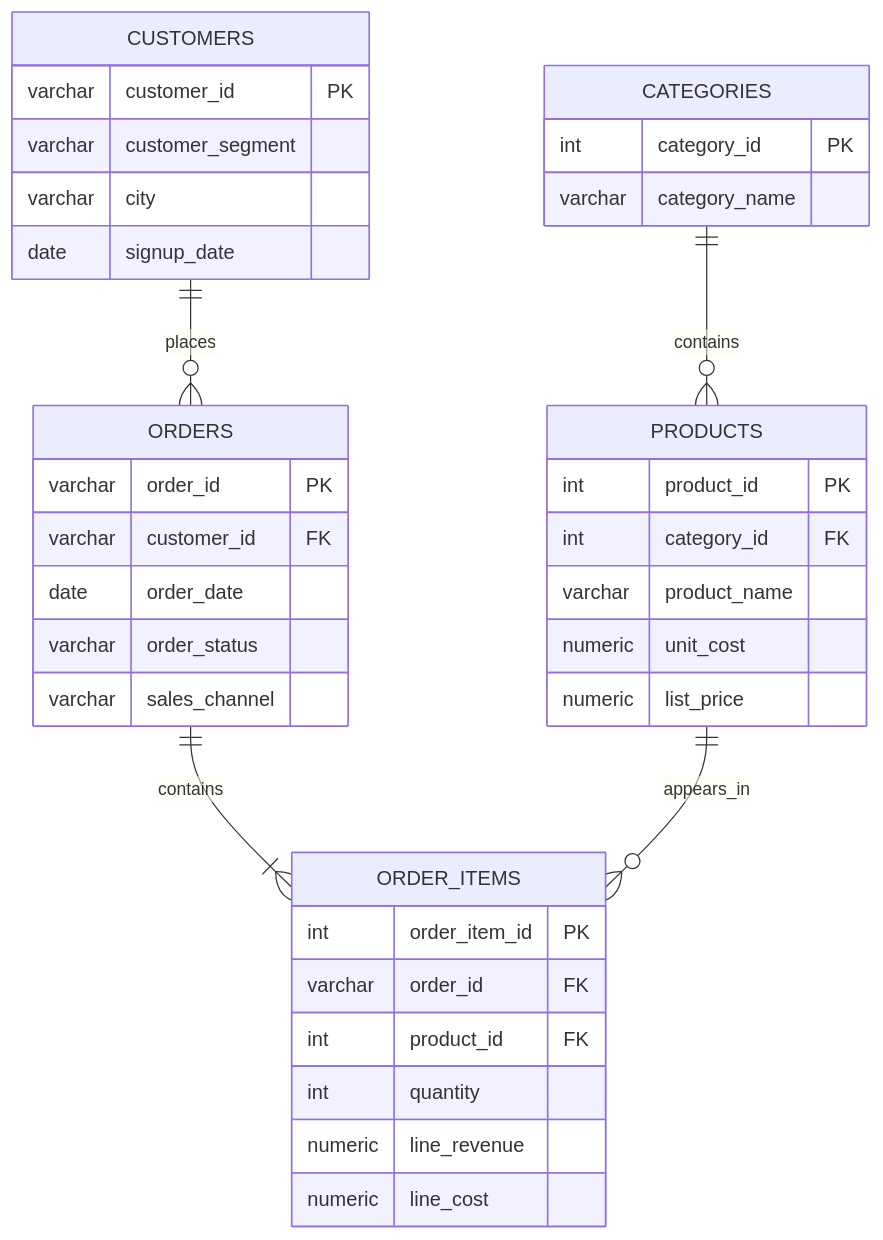
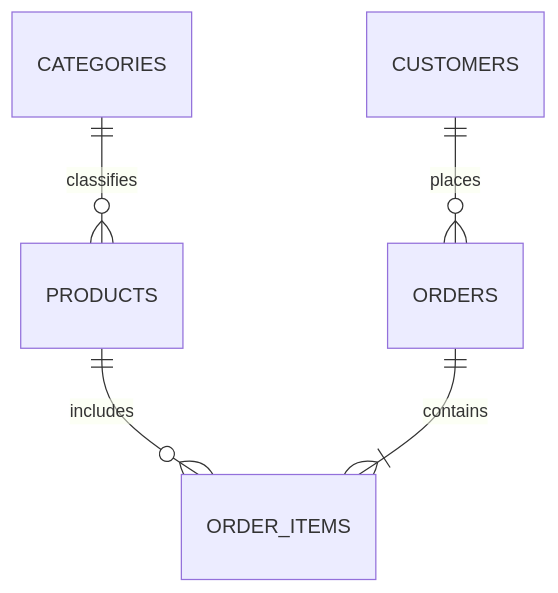
Before and after one commit to zararshahid25/urban-basket-retail-dashboard: the diagram in docs/DATA_MODEL.md, drawn with Mermaid. The commit also changed other lines of this file and 102 other files, not shown here.

````diff
--- a/docs/DATA_MODEL.md
+++ b/docs/DATA_MODEL.md
@@ -3,40 +3,7 @@
 ```mermaid
 erDiagram
-    CATEGORIES ||--o{ PRODUCTS : contains
+    CATEGORIES ||--o{ PRODUCTS : classifies
+    PRODUCTS ||--o{ ORDER_ITEMS : includes
+    ORDERS ||--|{ ORDER_ITEMS : contains
     CUSTOMERS ||--o{ ORDERS : places
-    ORDERS ||--|{ ORDER_ITEMS : contains
-    PRODUCTS ||--o{ ORDER_ITEMS : appears_in
-
-    CATEGORIES {
-        int category_id PK
-        varchar category_name
-    }
-    PRODUCTS {
-        int product_id PK
-        int category_id FK
-        varchar product_name
-        numeric unit_cost
-        numeric list_price
-    }
-    CUSTOMERS {
-        varchar customer_id PK
-        varchar customer_segment
-        varchar city
-        date signup_date
-    }
-    ORDERS {
-        varchar order_id PK
-        varchar customer_id FK
-        date order_date
-        varchar order_status
-        varchar sales_channel
-    }
-    ORDER_ITEMS {
-        int order_item_id PK
-        varchar order_id FK
-        int product_id FK
-        int quantity
-        numeric line_revenue
-        numeric line_cost
-    }
 ```
````
